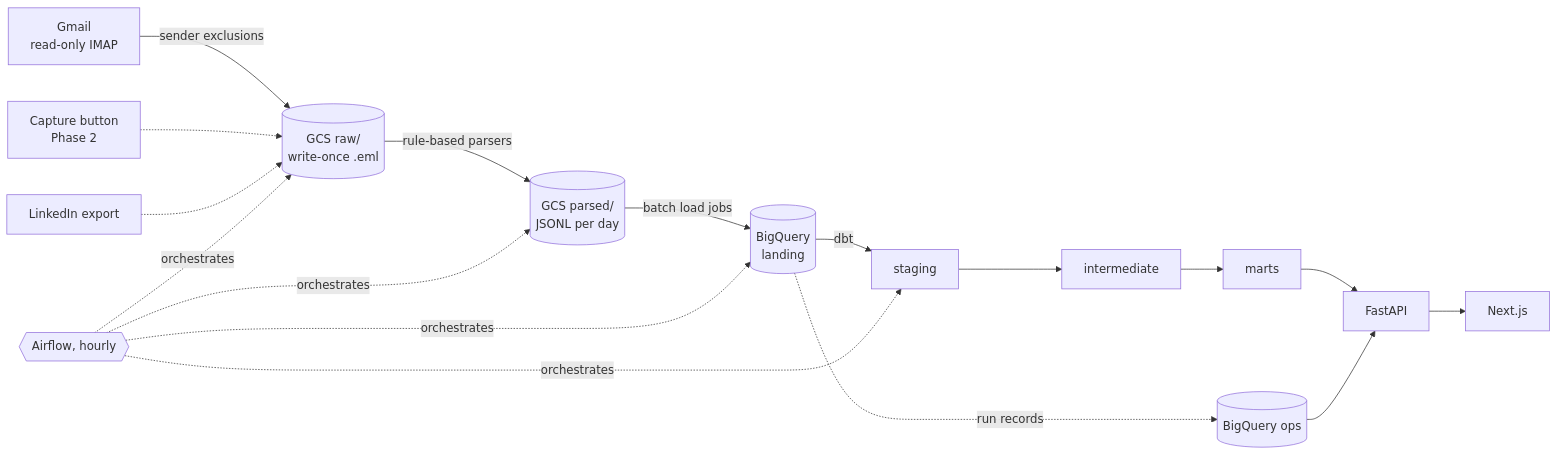
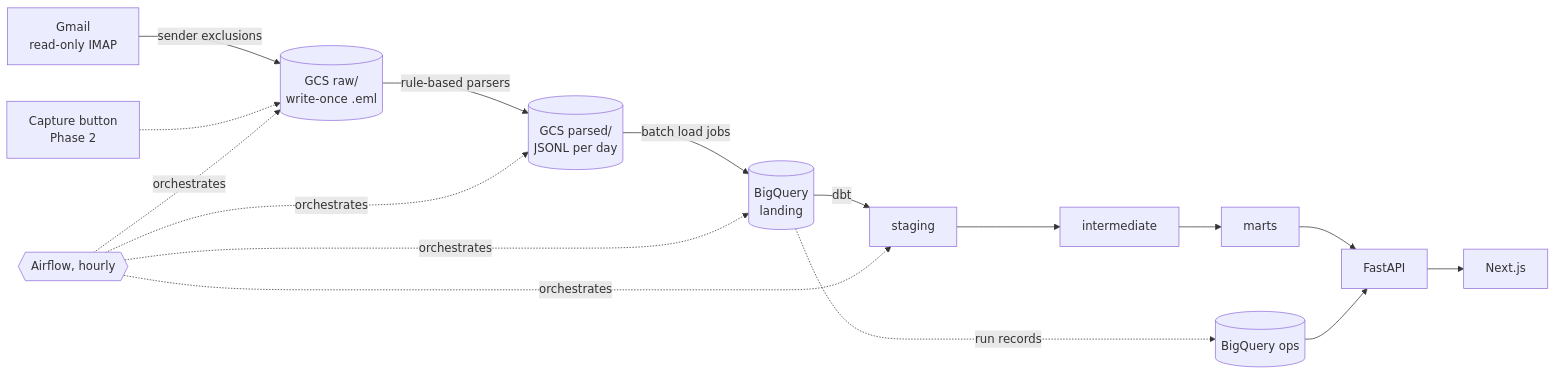
Before and after one commit to ErenReyhanlioglu/tracemail: the first of 2 diagrams in README.md, drawn with Mermaid. The commit also changed other lines of this file and 68 other files, not shown here.

````diff
--- a/README.md
+++ b/README.md
@@ -49,13 +49,12 @@
 ```mermaid
 flowchart LR
     M[Gmail<br/>read-only IMAP] -->|sender exclusions| R[(GCS raw/<br/>write-once .eml)]
     C[Capture button<br/>Phase 2] -.-> R
-    L[LinkedIn export] -.-> R
     R -->|rule-based parsers| P[(GCS parsed/<br/>JSONL per day)]
     P -->|batch load jobs| LD[(BigQuery<br/>landing)]
     LD -->|dbt| S[staging] --> I[intermediate] --> MT[marts]
     MT --> API[FastAPI] --> W[Next.js]
     LD -.->|run records| O[(BigQuery ops)]
     O --> API
     A{{Airflow, hourly}} -. orchestrates .-> R & P & LD & S
 ```
````
